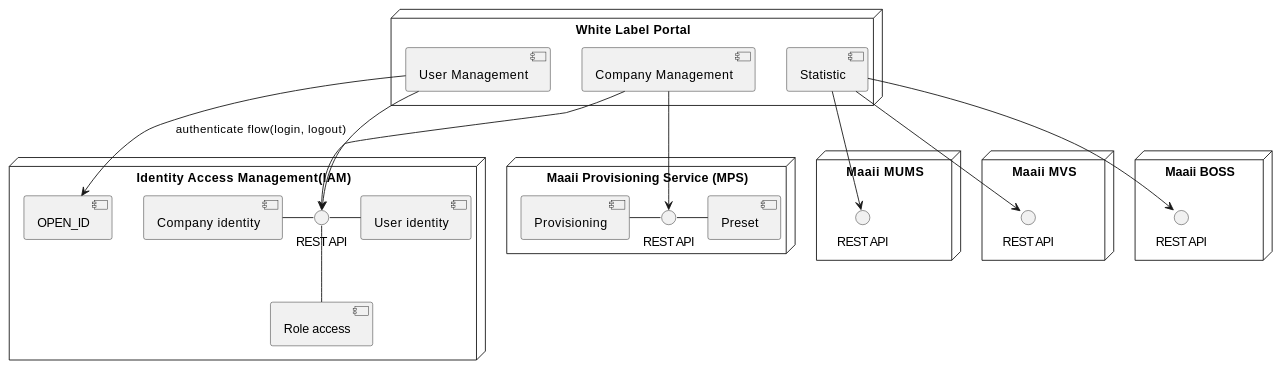
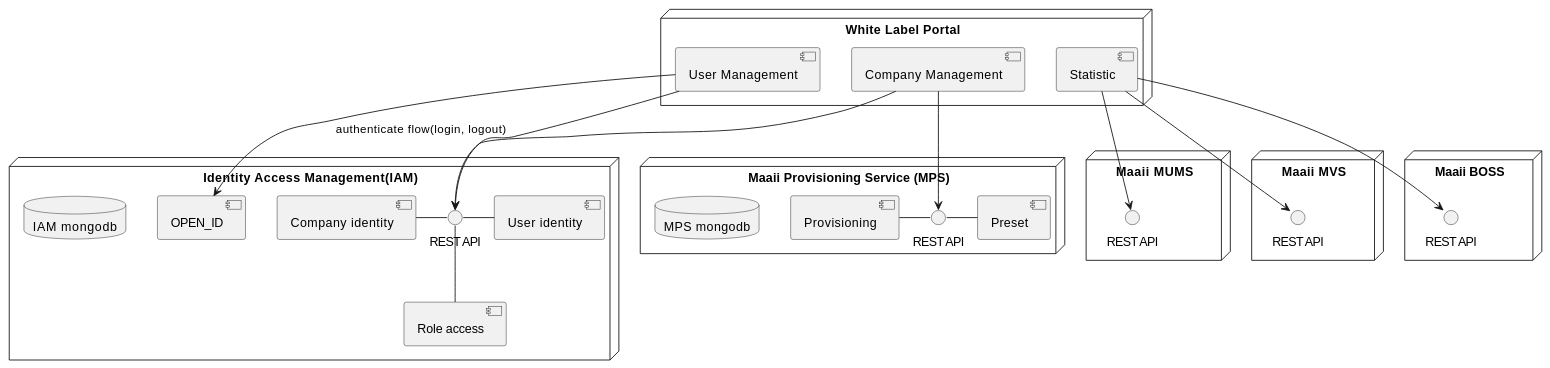
Before and after one commit to hhhuangqiong/WLP: the diagram in docs/ARCHITECTURE.md, drawn with PlantUML. The commit also changed 1 other file, not shown here.

Commit message:
Add back 2 databases in MPS and IAM And add more references link

```diff
--- a/docs/ARCHITECTURE.md
+++ b/docs/ARCHITECTURE.md
@@ -7,46 +7,43 @@
 {% plantuml %}
-@startuml
-
 node "White Label Portal" {
   [Company Management] as WLP_COMPANY_MGMT
   [User Management] as WLP_USER_MGMT
   [Statistic] as WLP_STAT
 }
 
 node "Identity Access Management(IAM)" {
   interface "REST API" as IAM_REST
   [Company identity] - IAM_REST
   IAM_REST - [User identity]
   IAM_REST -d- [Role access]
   [OPEN_ID]
+  database "IAM mongodb"
 }
 
 node "Maaii Provisioning Service (MPS)" {
   interface "REST API" as MPS_REST
   [Provisioning] - MPS_REST
   MPS_REST - [Preset]
+  database "MPS mongodb"
 }
 
 node "Maaii MUMS" {
   interface "REST API" as MUMS_REST
 }
 
 node "Maaii MVS" {
   interface "REST API" as MVS_REST
 }
 
 node "Maaii BOSS" {
   interface "REST API" as BOSS_REST
 }
 
 [WLP_COMPANY_MGMT] --> MPS_REST
 [WLP_COMPANY_MGMT] --> IAM_REST
 [WLP_USER_MGMT] --> IAM_REST
 [WLP_USER_MGMT] --> [OPEN_ID] : authenticate flow(login, logout)
 [WLP_STAT] --> MUMS_REST
 [WLP_STAT] --> MVS_REST
 [WLP_STAT] --> BOSS_REST
-
-@enduml
-
 {% endplantuml %}
```
